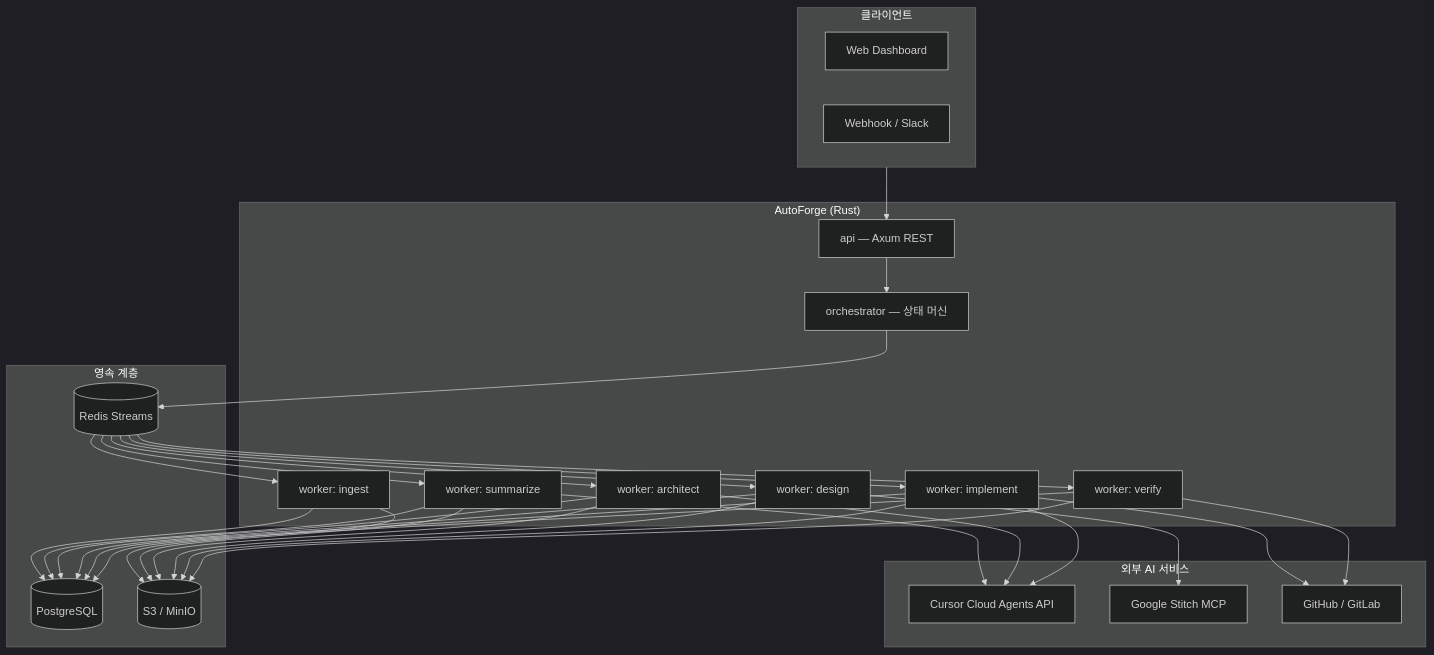
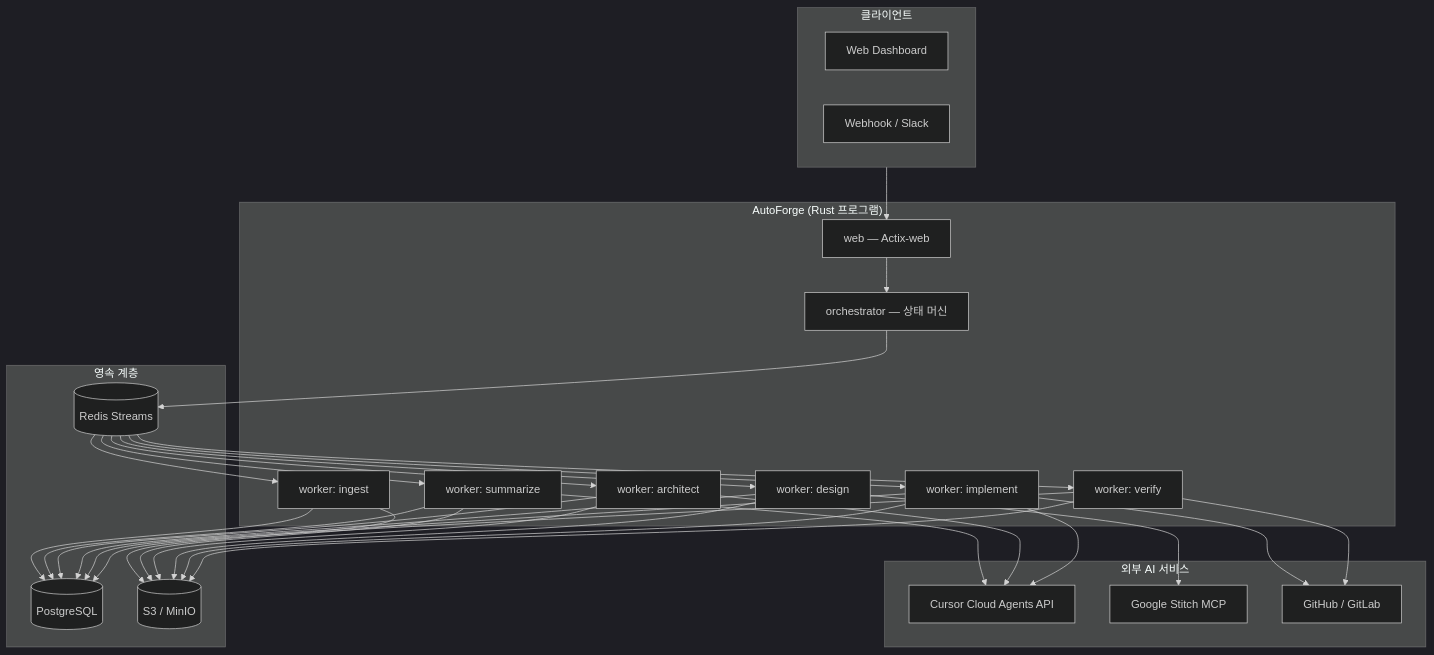
The diagram in docs/ARCHITECTURE.md (Helloworld0822/Forgeflow), drawn with Mermaid (dark theme) before and after one commit. The commit also changed other lines of this file and 43 other files, not shown here.

First line of the commit message:
refactor: 라이브러리 워크스페이스 → 단일 프로그램 + Actix-web

````diff
--- a/docs/ARCHITECTURE.md
+++ b/docs/ARCHITECTURE.md
@@ -18,40 +18,40 @@
 ```mermaid
 flowchart TB
     subgraph Client["클라이언트"]
         Web[Web Dashboard]
         Webhook[Webhook / Slack]
     end
 
-    subgraph AutoForge["AutoForge (Rust)"]
-        API[api — Axum REST]
+    subgraph AutoForge["AutoForge (Rust 프로그램)"]
+        API[web — Actix-web]
         ORC[orchestrator — 상태 머신]
         W1[worker: ingest]
         W2[worker: summarize]
         W3[worker: architect]
         W4[worker: design]
         W5[worker: implement]
         W6[worker: verify]
     end
 
     subgraph Storage["영속 계층"]
         PG[(PostgreSQL)]
         RD[(Redis Streams)]
         S3[(S3 / MinIO)]
     end
 
     subgraph External["외부 AI 서비스"]
         Cursor[Cursor Cloud Agents API]
         Stitch[Google Stitch MCP]
         GH[GitHub / GitLab]
     end
 
     Client --> API
     API --> ORC
     ORC --> RD
     RD --> W1 & W2 & W3 & W4 & W5 & W6
     W1 & W2 & W3 & W4 & W5 & W6 --> PG
     W1 & W2 & W3 & W4 & W5 & W6 --> S3
     W2 & W3 & W5 --> Cursor
     W4 --> Stitch
     W5 & W6 --> GH
 ```
````
